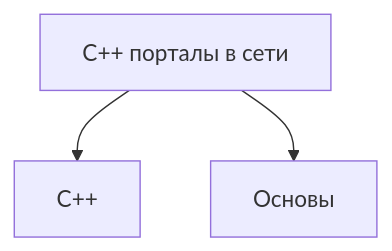
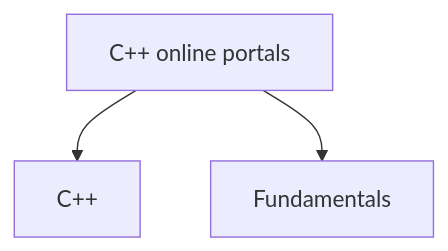
Before and after one commit to Dvurechensky/Dvurechensky: the sixth of 7 diagrams in docs/index.md, drawn with Mermaid. The commit also changed other lines of this file and 2 other files, not shown here.

````diff
--- a/docs/index.md
+++ b/docs/index.md
@@ -260,6 +263,6 @@
 ```mermaid
 graph TD
-  C[C++ порталы в сети]
+  C[C++ online portals]
   C --> W[C++]
-  C --> W1[Основы]
+  C --> W1[Fundamentals]
 ```
````
